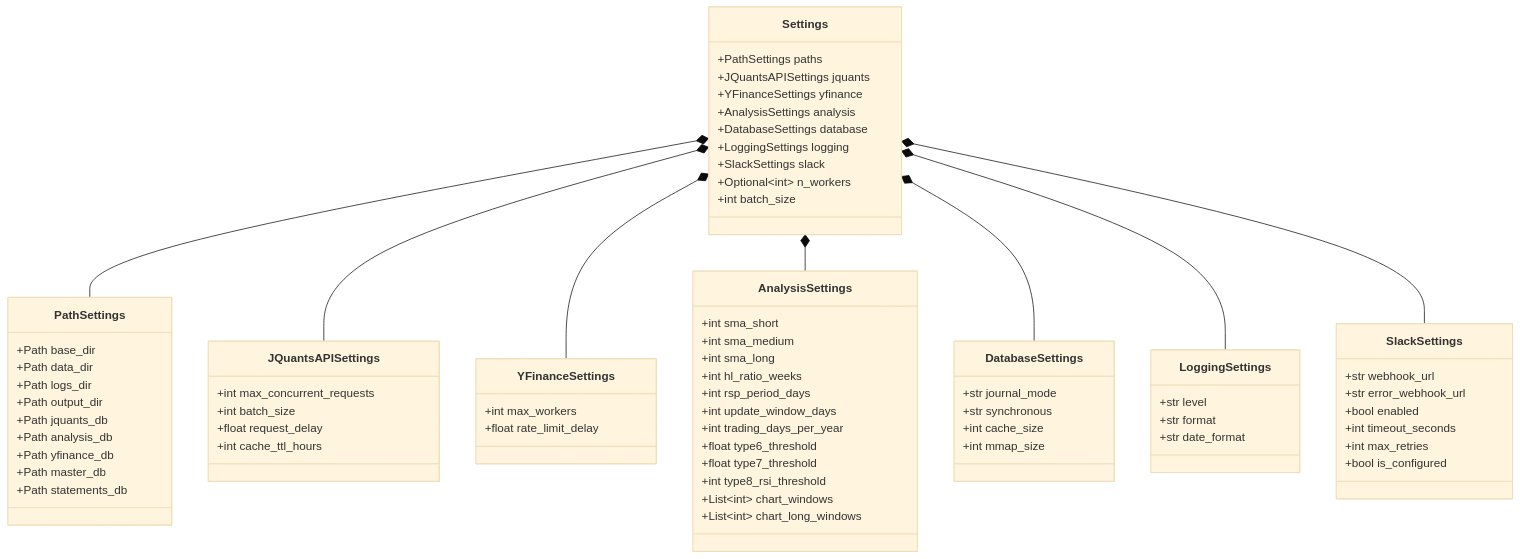
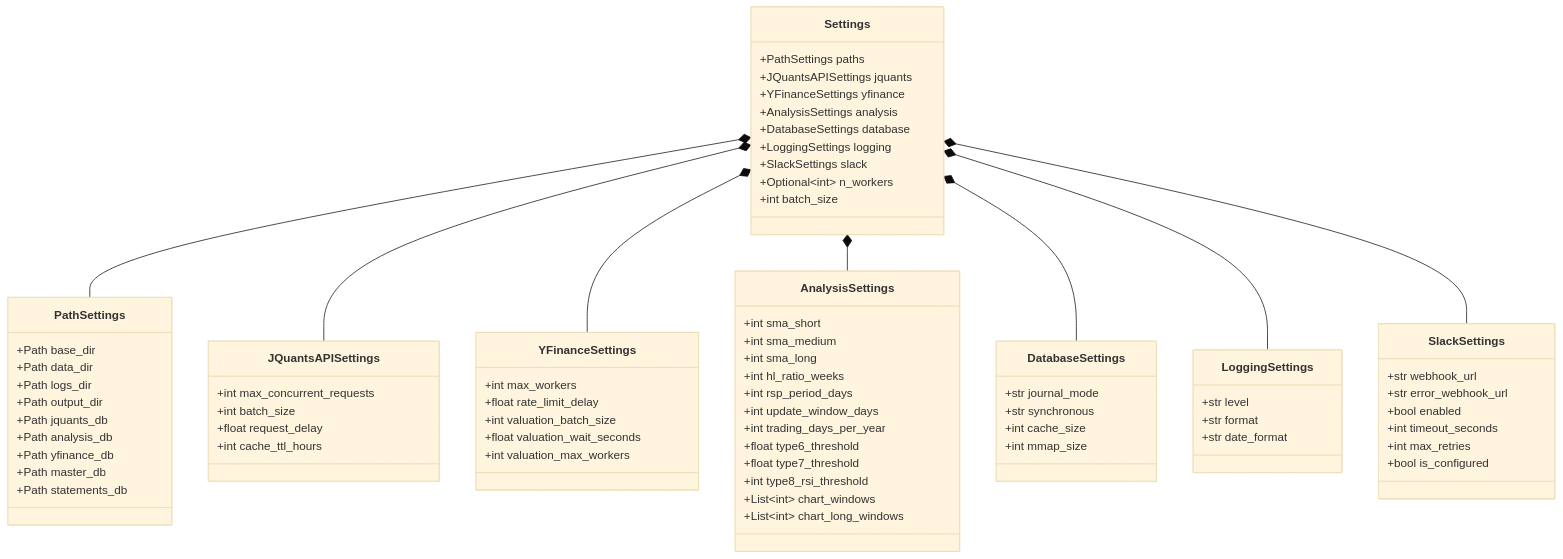
One commit to aidotters/stock-analysis changed the sixth of 8 diagrams in docs/core/diagrams.md. Above: the diagram before and after it, drawn with Mermaid (base theme). The commit also changed other lines of this file and 14 other files, not shown here.

```diff
--- a/docs/core/diagrams.md
+++ b/docs/core/diagrams.md
@@ -308,6 +337,9 @@
     class YFinanceSettings {
         +int max_workers
         +float rate_limit_delay
+        +int valuation_batch_size
+        +float valuation_wait_seconds
+        +int valuation_max_workers
     }
 
     class PathSettings {
```
